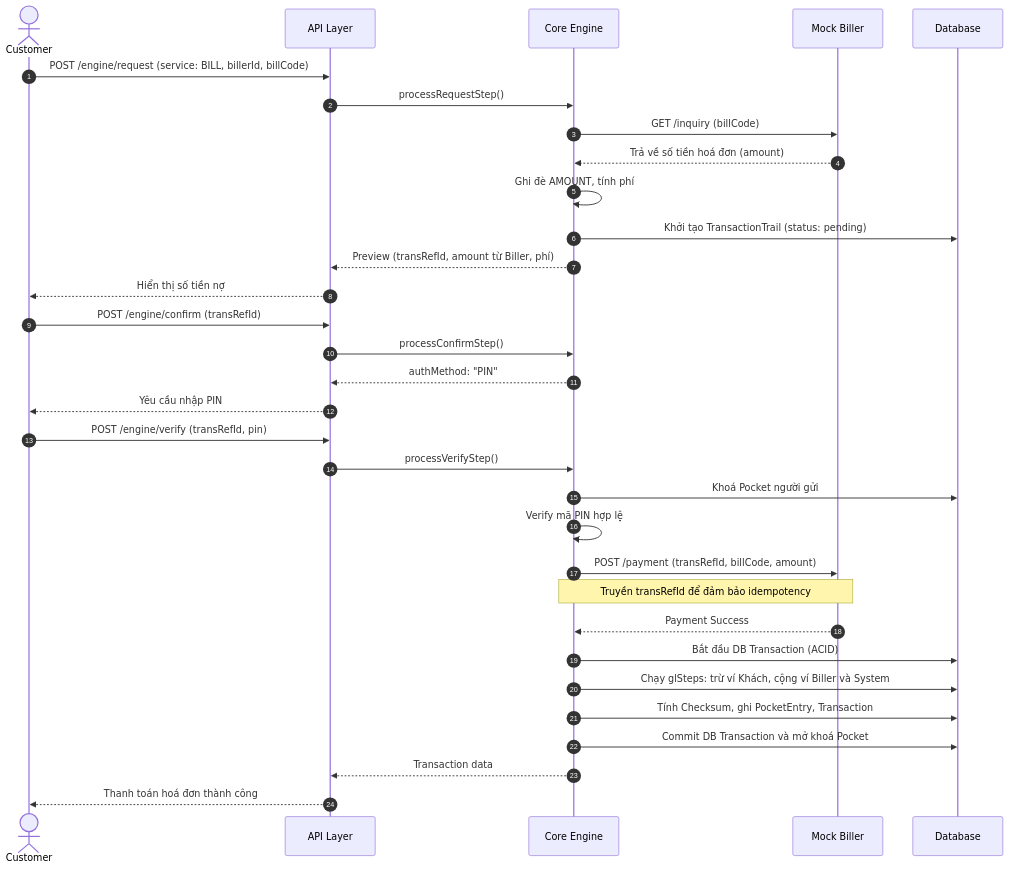
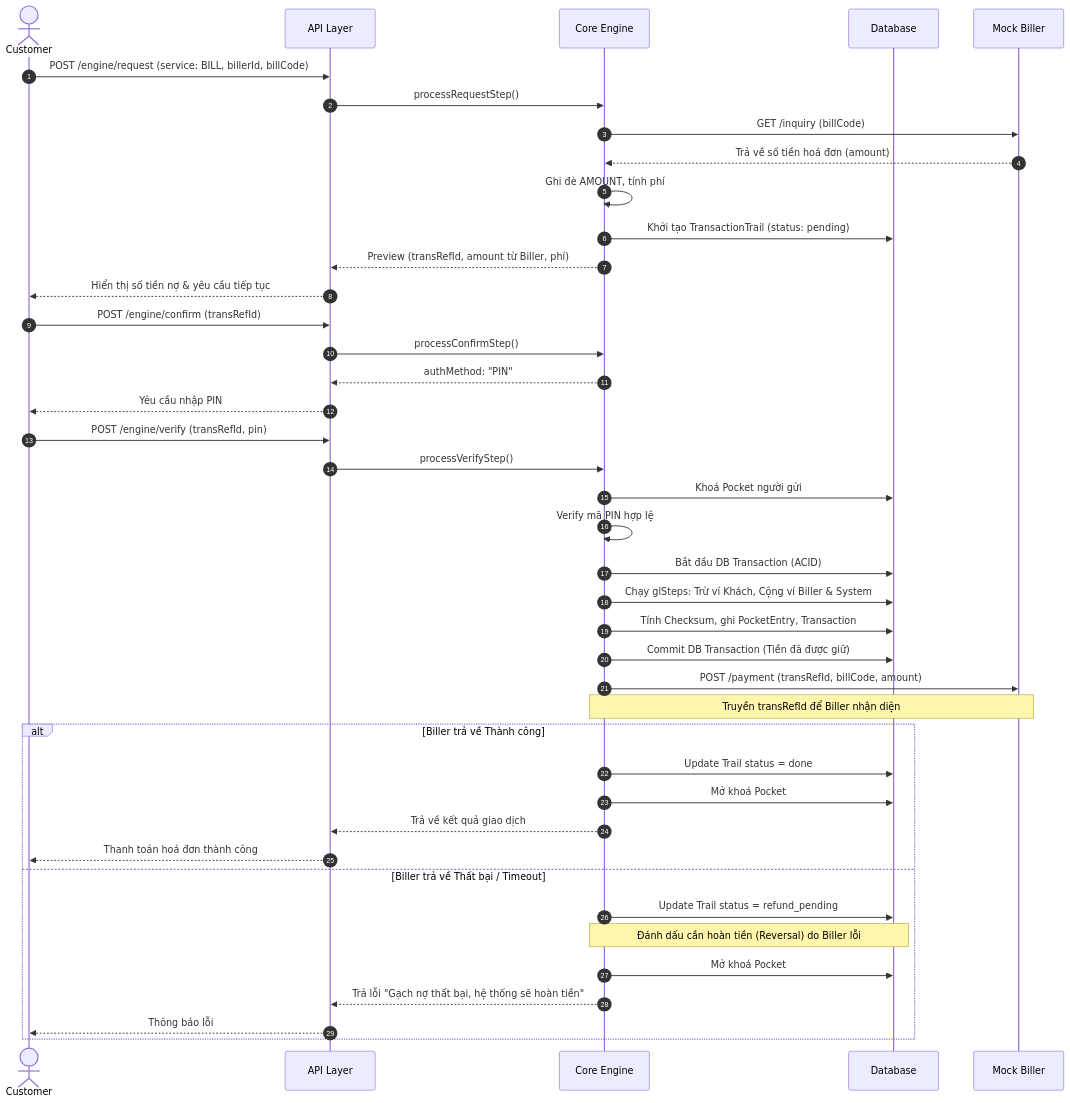
The third of 3 diagrams in docs/Sequence diagram/Sequence.md (DLdevcoder/MINI-WALLET), drawn with Mermaid before and after one commit. The commit also changed 1 other file, not shown here.

Commit message:
docs: dĩ biller payment into new design

````diff
--- a/docs/Sequence diagram/Sequence.md
+++ b/docs/Sequence diagram/Sequence.md
@@ -112,44 +112,54 @@
 ```mermaid
 sequenceDiagram
     autonumber
     actor C as Customer
     participant A as API Layer
     participant E as Core Engine
+    participant D as Database
     participant B as Mock Biller
-    participant D as Database
 
-    %% REQUEST + INQUIRY
+    %% BƯỚC 1: REQUEST & INQUIRY
     C->>A: POST /engine/request (service: BILL, billerId, billCode)
     A->>E: processRequestStep()
     E->>B: GET /inquiry (billCode)
     B-->>E: Trả về số tiền hoá đơn (amount)
     E->>E: Ghi đè AMOUNT, tính phí
     E->>D: Khởi tạo TransactionTrail (status: pending)
     E-->>A: Preview (transRefId, amount từ Biller, phí)
-    A-->>C: Hiển thị số tiền nợ
+    A-->>C: Hiển thị số tiền nợ & yêu cầu tiếp tục
 
-    %% CONFIRM
+    %% BƯỚC 2: CONFIRM
     C->>A: POST /engine/confirm (transRefId)
     A->>E: processConfirmStep()
     E-->>A: authMethod: "PIN"
     A-->>C: Yêu cầu nhập PIN
 
-    %% VERIFY + PAYMENT
+    %% BƯỚC 3: VERIFY (THU TIỀN TRƯỚC, GỌI BILLER SAU)
     C->>A: POST /engine/verify (transRefId, pin)
     A->>E: processVerifyStep()
     E->>D: Khoá Pocket người gửi
     E->>E: Verify mã PIN hợp lệ
 
-    %% CALL BILLER
+    %% GHI SỔ KÉP ĐỂ THU TIỀN TRƯỚC
+    E->>D: Bắt đầu DB Transaction (ACID)
+    E->>D: Chạy glSteps: Trừ ví Khách, Cộng ví Biller & System
+    E->>D: Tính Checksum, ghi PocketEntry, Transaction
+    E->>D: Commit DB Transaction (Tiền đã được giữ)
+
+    %% GỌI PAYMENT SAU KHI ĐÃ THU TIỀN
     E->>B: POST /payment (transRefId, billCode, amount)
-    Note over E,B: Truyền transRefId để đảm bảo idempotency
-    B-->>E: Payment Success
+    Note over E,B: Truyền transRefId để Biller nhận diện
 
-    %% LEDGER
-    E->>D: Bắt đầu DB Transaction (ACID)
-    E->>D: Chạy glSteps: trừ ví Khách, cộng ví Biller và System
-    E->>D: Tính Checksum, ghi PocketEntry, Transaction
-    E->>D: Commit DB Transaction và mở khoá Pocket
-    E-->>A: Transaction data
-    A-->>C: Thanh toán hoá đơn thành công
+    alt Biller trả về Thành công
+        E->>D: Update Trail status = done
+        E->>D: Mở khoá Pocket
+        E-->>A: Trả về kết quả giao dịch
+        A-->>C: Thanh toán hoá đơn thành công
+    else Biller trả về Thất bại / Timeout
+        E->>D: Update Trail status = refund_pending
+        Note over E,D: Đánh dấu cần hoàn tiền (Reversal) do Biller lỗi
+        E->>D: Mở khoá Pocket
+        E-->>A: Trả lỗi "Gạch nợ thất bại, hệ thống sẽ hoàn tiền"
+        A-->>C: Thông báo lỗi
+    end
 ```
````
